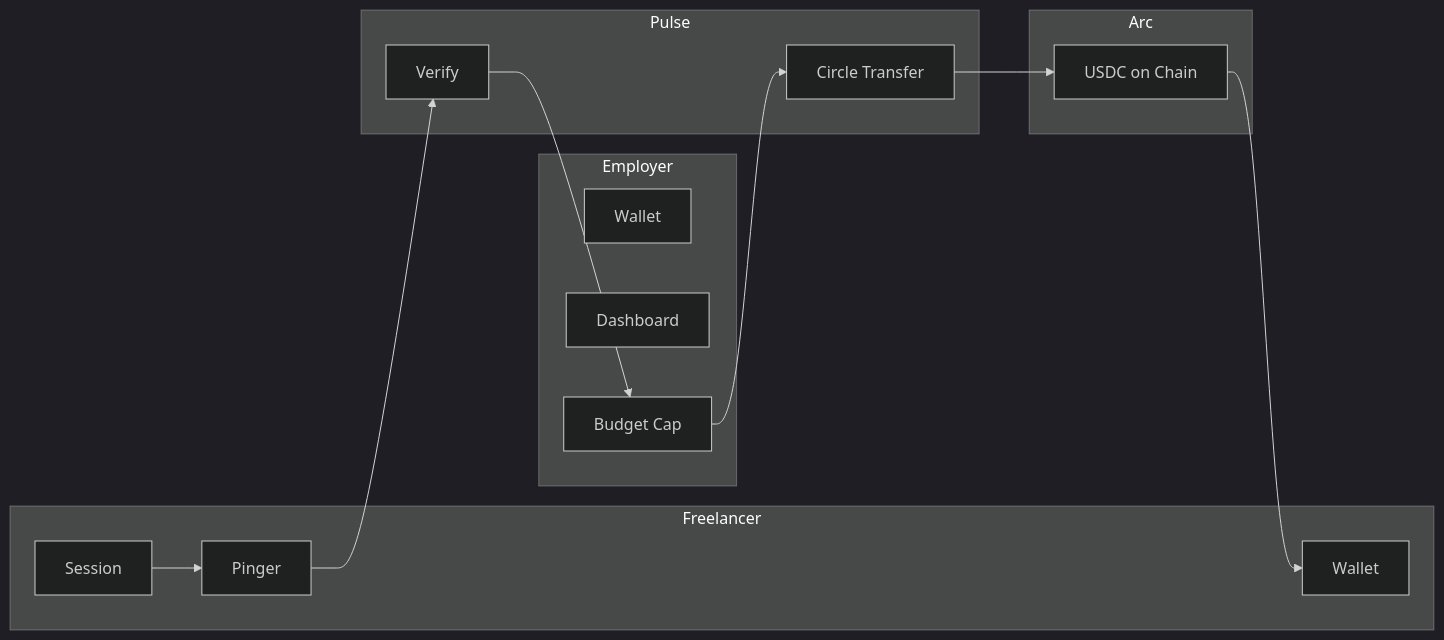
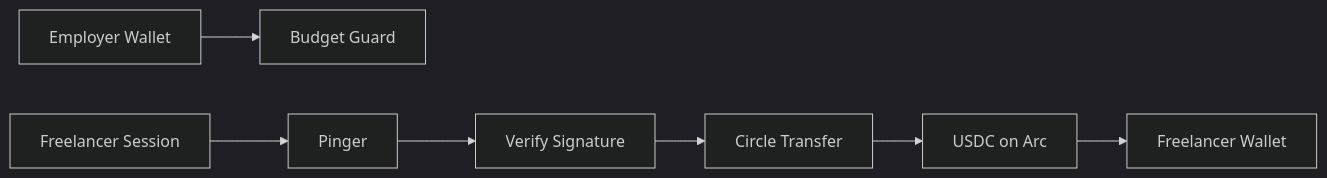
One commit to Shikhyy/Pulse changed the first of 2 diagrams in README.md. Above: the diagram before and after it, drawn with Mermaid (dark theme). The commit also changed other lines of this file, not shown here.

Commit message:
Fix README: simplest Mermaid diagrams

````diff
--- a/README.md
+++ b/README.md
@@ -51,30 +51,9 @@
 ```mermaid
 flowchart LR
-    subgraph Employer
-        E1[Wallet]
-        E2[Dashboard]
-        E3[Budget Cap]
-    end
-    
-    subgraph Freelancer
-        F1[Session]
-        F2[Pinger]
-        F3[Wallet]
-    end
-    
-    subgraph Pulse
-        P1[Verify]
-        P2[Circle Transfer]
-    end
-    
-    subgraph Arc
-        A[USDC on Chain]
-    end
-    
-    F1 --> F2
-    F2 --> P1
-    P1 --> E3
-    E3 --> P2
-    P2 --> A
-    A --> F3
+    E1[Employer Wallet] --> E2[Budget Guard]
+    F1[Freelancer Session] --> F2[Pinger]
+    F2 --> P1[Verify Signature]
+    P1 --> P2[Circle Transfer]
+    P2 --> A[USDC on Arc]
+    A --> F3[Freelancer Wallet]
 ```
````
